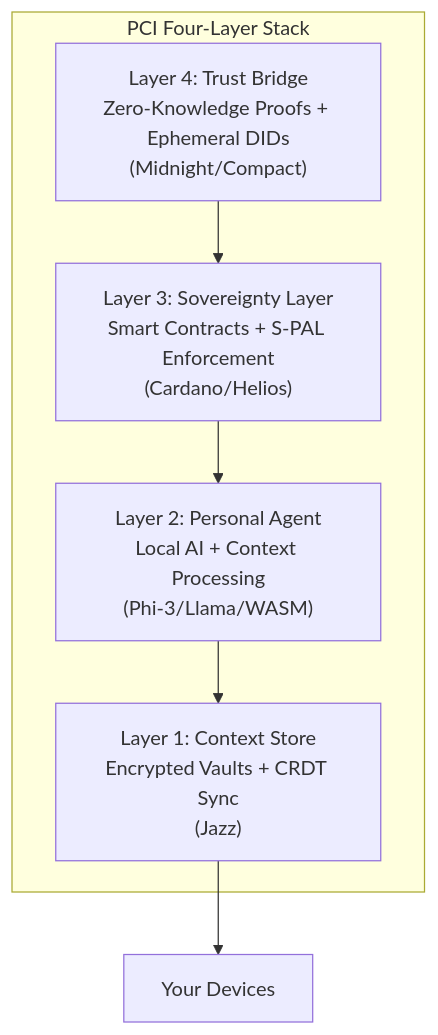
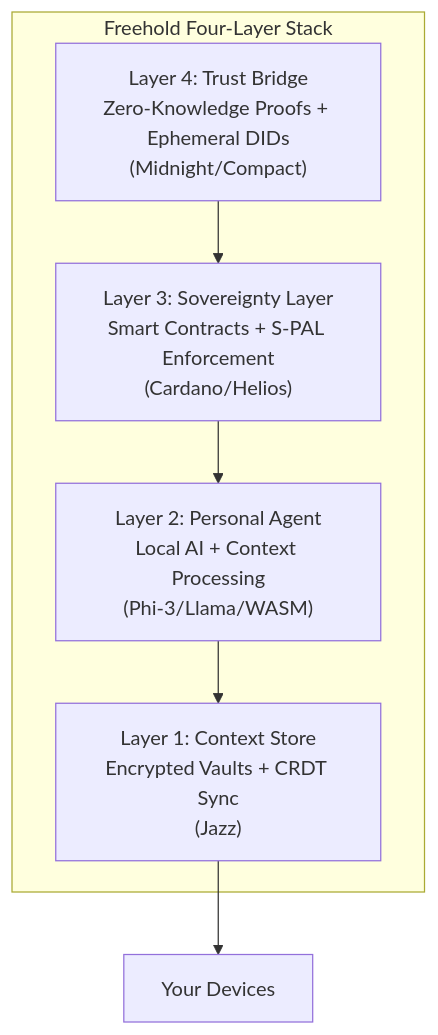
Before and after one commit to freehold-earth/freehold: the first of 2 diagrams in spec/docs/architecture.md, drawn with Mermaid. The commit also changed other lines of this file and 22 other files, not shown here.

First line of the commit message:
Rename the project from PCI to Freehold in documents and READMEs

````diff
--- a/spec/docs/architecture.md
+++ b/spec/docs/architecture.md
@@ -7,15 +7,15 @@
 ```mermaid
 flowchart TB
-    subgraph Stack["PCI Four-Layer Stack"]
+    subgraph Stack["Freehold Four-Layer Stack"]
         L4["Layer 4: Trust Bridge<br/>Zero-Knowledge Proofs + Ephemeral DIDs<br/>(Midnight/Compact)"]
         L3["Layer 3: Sovereignty Layer<br/>Smart Contracts + S-PAL Enforcement<br/>(Cardano/Helios)"]
         L2["Layer 2: Personal Agent<br/>Local AI + Context Processing<br/>(Phi-3/Llama/WASM)"]
         L1["Layer 1: Context Store<br/>Encrypted Vaults + CRDT Sync<br/>(Jazz)"]
 
         L4 --> L3
         L3 --> L2
         L2 --> L1
     end
 
     L1 --> D["Your Devices"]
 ```
````
